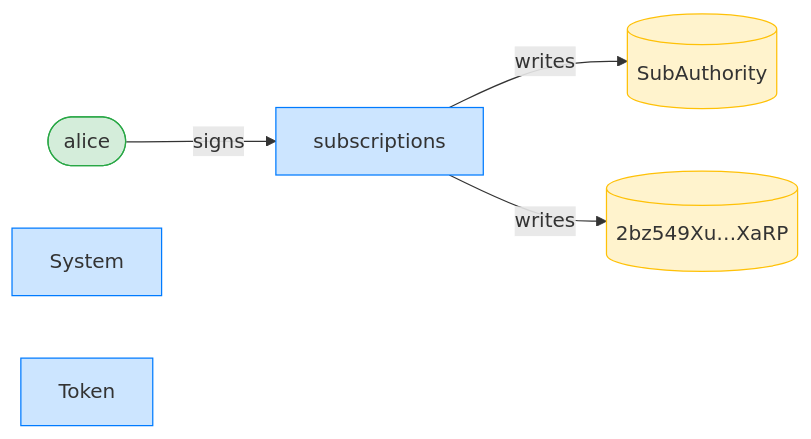
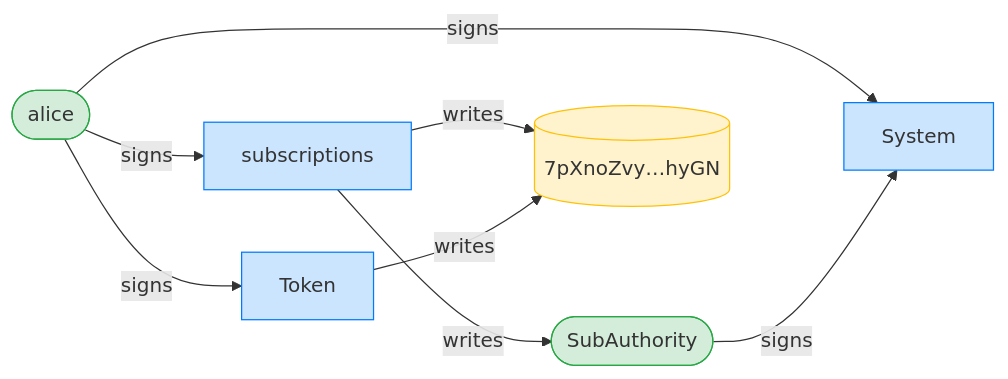
One commit to cds-rs/subscriptions changed the third of 12 diagrams in dsl_tests/the-delegator-can-revoke-a-sponsor-funded-delegation-before-expiry.md. Above: the diagram before and after it, drawn with Mermaid. The commit also changed other lines of this file and 224 other files, not shown here.

````diff
--- a/dsl_tests/the-delegator-can-revoke-a-sponsor-funded-delegation-before-expiry.md
+++ b/dsl_tests/the-delegator-can-revoke-a-sponsor-funded-delegation-before-expiry.md
@@ -53,15 +54,19 @@
 ```mermaid
 flowchart LR
     classDef signer fill:#d4edda,stroke:#28a745;
     classDef program fill:#cce5ff,stroke:#007bff;
     classDef writable fill:#fff3cd,stroke:#ffc107;
     subscriptions[subscriptions]:::program
     alice([alice]):::signer
-    SubAuthority[(SubAuthority)]:::writable
-    2bz549Xu_XaRP[("2bz549Xu…XaRP")]:::writable
+    SubAuthority([SubAuthority]):::signer
+    7pXnoZvy_hyGN[("7pXnoZvy…hyGN")]:::writable
     System[System]:::program
     Token[Token]:::program
     alice -->|signs| subscriptions
+    alice -->|signs| System
+    SubAuthority -->|signs| System
+    alice -->|signs| Token
     subscriptions -->|writes| SubAuthority
-    subscriptions -->|writes| 2bz549Xu_XaRP
+    subscriptions -->|writes| 7pXnoZvy_hyGN
+    Token -->|writes| 7pXnoZvy_hyGN
 ```
````
